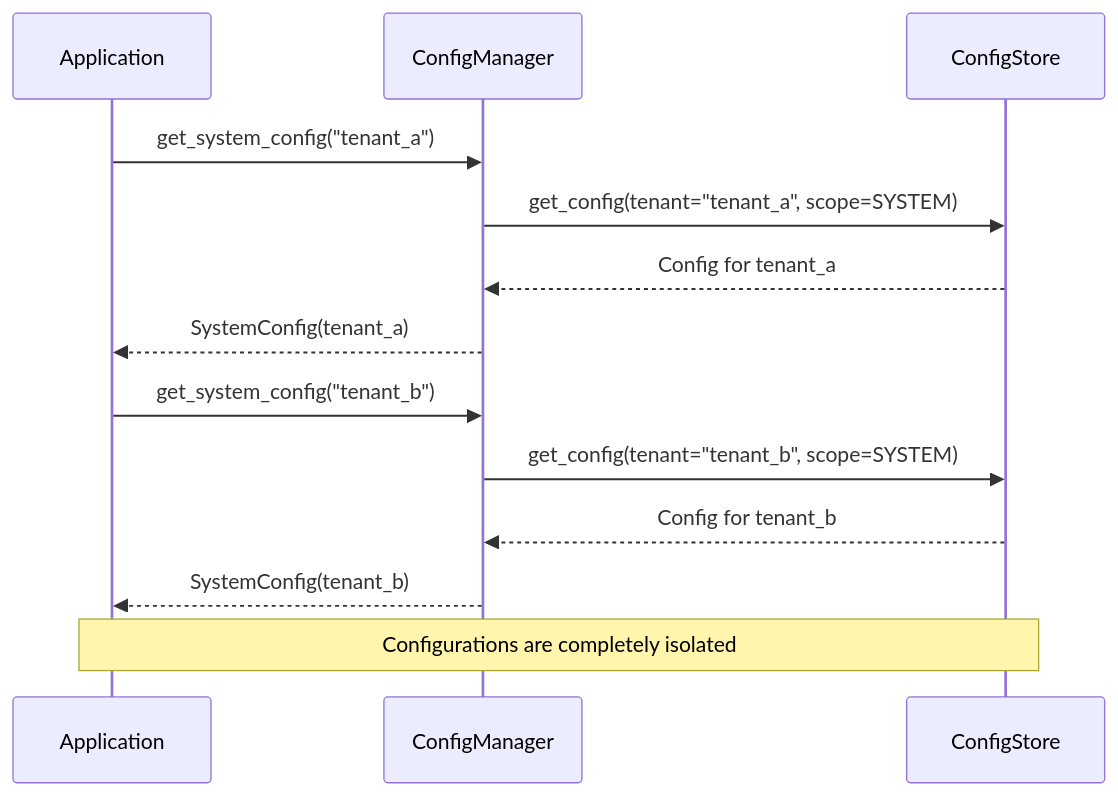
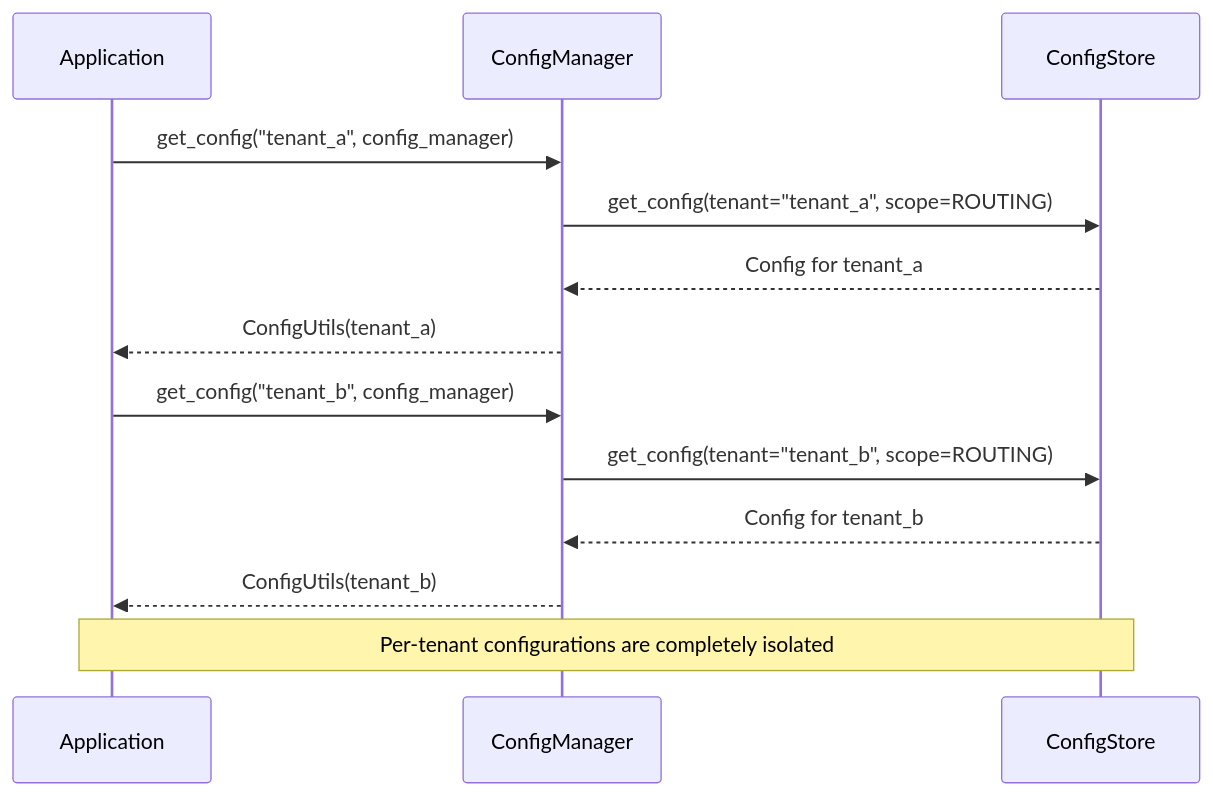
Before and after one commit to amit-jain/cogniverse: the third of 3 diagrams in docs/operations/configuration.md, drawn with Mermaid. The commit also changed other lines of this file and 21 other files, not shown here.

Commit message:
Correct config API, routing config, and tools docs to match code

````diff
--- a/docs/operations/configuration.md
+++ b/docs/operations/configuration.md
@@ -320,18 +319,18 @@
 ```mermaid
 sequenceDiagram
     participant App as Application
     participant Manager as ConfigManager
     participant Store as ConfigStore
 
-    App->>Manager: get_system_config("tenant_a")
-    Manager->>Store: get_config(tenant="tenant_a", scope=SYSTEM)
+    App->>Manager: get_config("tenant_a", config_manager)
+    Manager->>Store: get_config(tenant="tenant_a", scope=ROUTING)
     Store-->>Manager: Config for tenant_a
-    Manager-->>App: SystemConfig(tenant_a)
+    Manager-->>App: ConfigUtils(tenant_a)
 
-    App->>Manager: get_system_config("tenant_b")
-    Manager->>Store: get_config(tenant="tenant_b", scope=SYSTEM)
+    App->>Manager: get_config("tenant_b", config_manager)
+    Manager->>Store: get_config(tenant="tenant_b", scope=ROUTING)
     Store-->>Manager: Config for tenant_b
-    Manager-->>App: SystemConfig(tenant_b)
+    Manager-->>App: ConfigUtils(tenant_b)
 
-    Note over App,Store: Configurations are completely isolated
+    Note over App,Store: Per-tenant configurations are completely isolated
 ```
````
